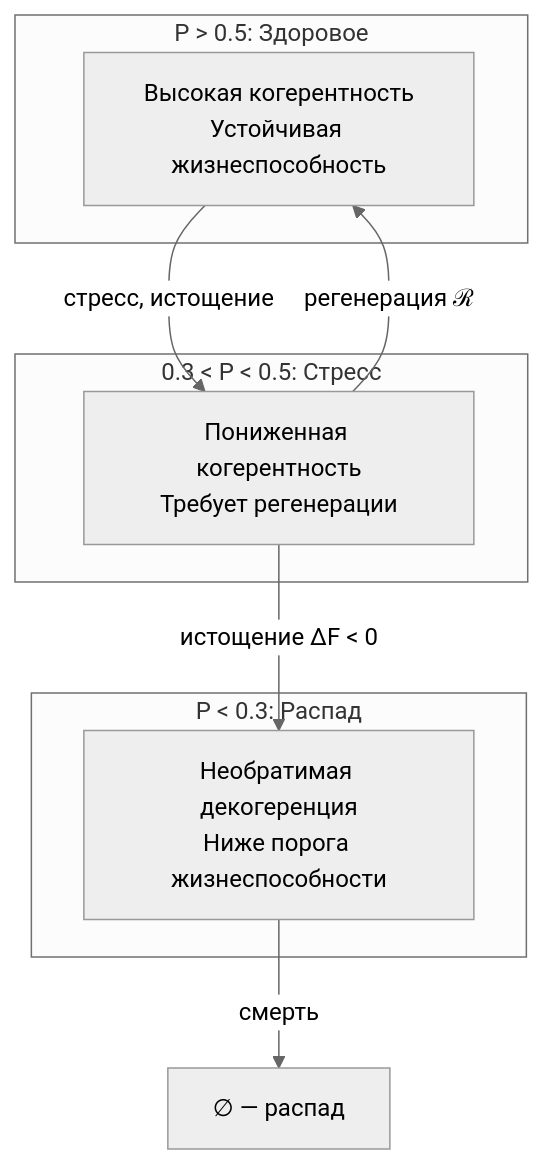
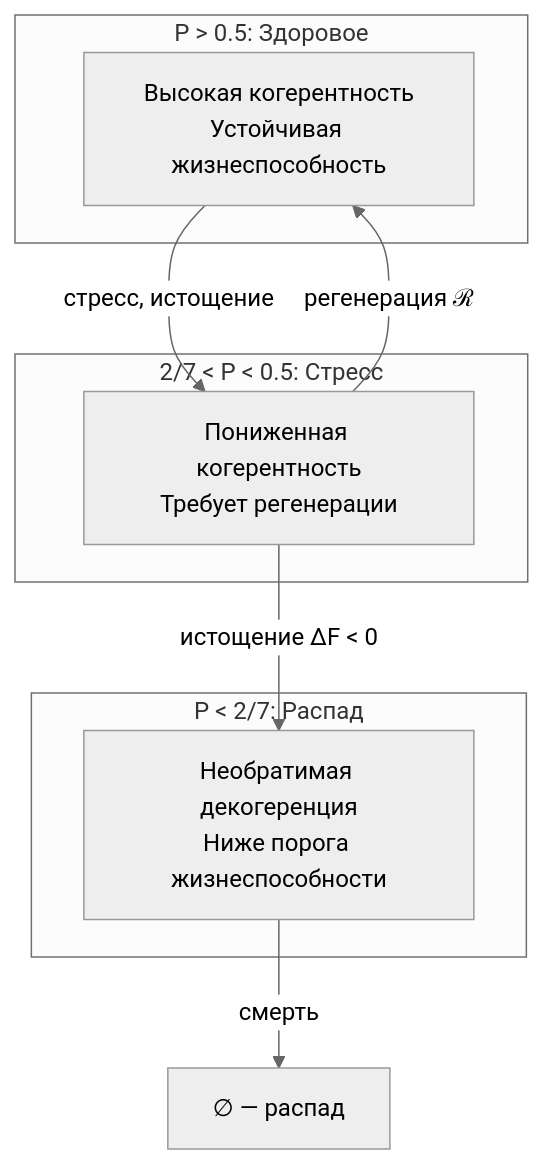
Before and after one commit to uhm-theory/holon: the diagram in website/docs/core/dynamics/viability.md, drawn with Mermaid (neutral theme). The commit also changed other lines of this file and 36 other files, not shown here.

````diff
--- a/website/docs/core/dynamics/viability.md
+++ b/website/docs/core/dynamics/viability.md
@@ -145,16 +154,16 @@
 ```mermaid
 graph TD
     subgraph H["P > 0.5: Здоровое"]
         HH["Высокая когерентность<br/>Устойчивая жизнеспособность"]
     end
-    subgraph S["0.3 < P < 0.5: Стресс"]
+    subgraph S["2/7 < P < 0.5: Стресс"]
         SS["Пониженная когерентность<br/>Требует регенерации"]
     end
-    subgraph D["P < 0.3: Распад"]
+    subgraph D["P < 2/7: Распад"]
         DD["Необратимая декогеренция<br/>Ниже порога жизнеспособности"]
     end
     HH --> |"стресс, истощение"| SS
     SS --> |"регенерация ℛ"| HH
     SS --> |"истощение ΔF < 0"| DD
     DD --> |"смерть"| X["∅ — распад"]
 ```
````
